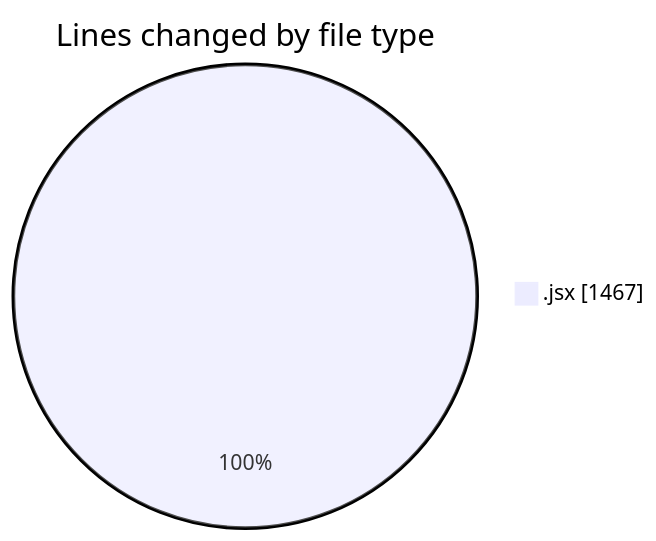
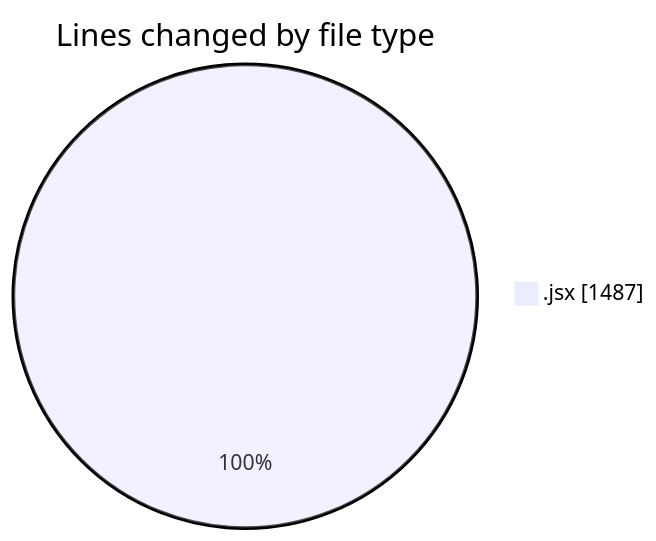
Before and after one commit to nxtqubesakshisongat/code-tracking: the first of 2 diagrams in 2025-05-07/nxtqube_webapp/README.md, drawn with Mermaid. The commit also changed other lines of this file and 1 other file, not shown here.

````diff
--- a/2025-05-07/nxtqube_webapp/README.md
+++ b/2025-05-07/nxtqube_webapp/README.md
@@ -20,5 +20,5 @@
 ```mermaid
 pie showData
 title Lines changed by file type
-".jsx" : 1467
+".jsx" : 1487
 ```
````
